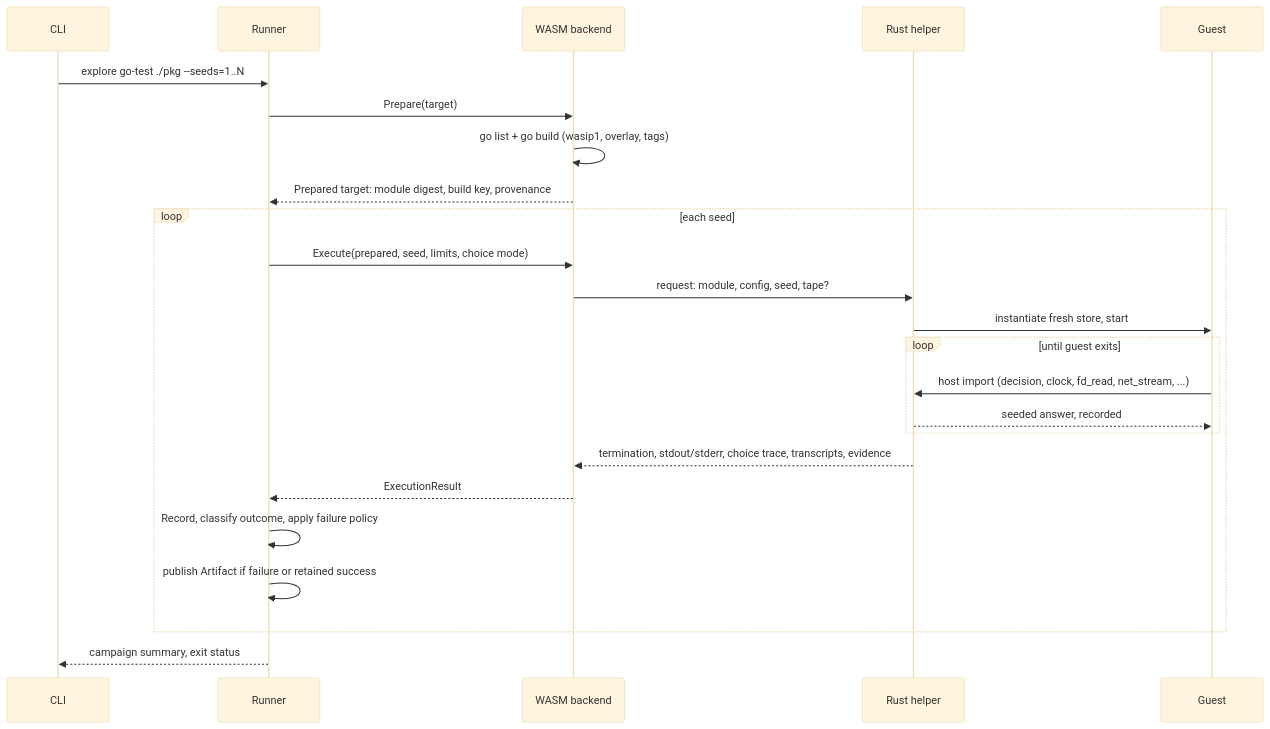
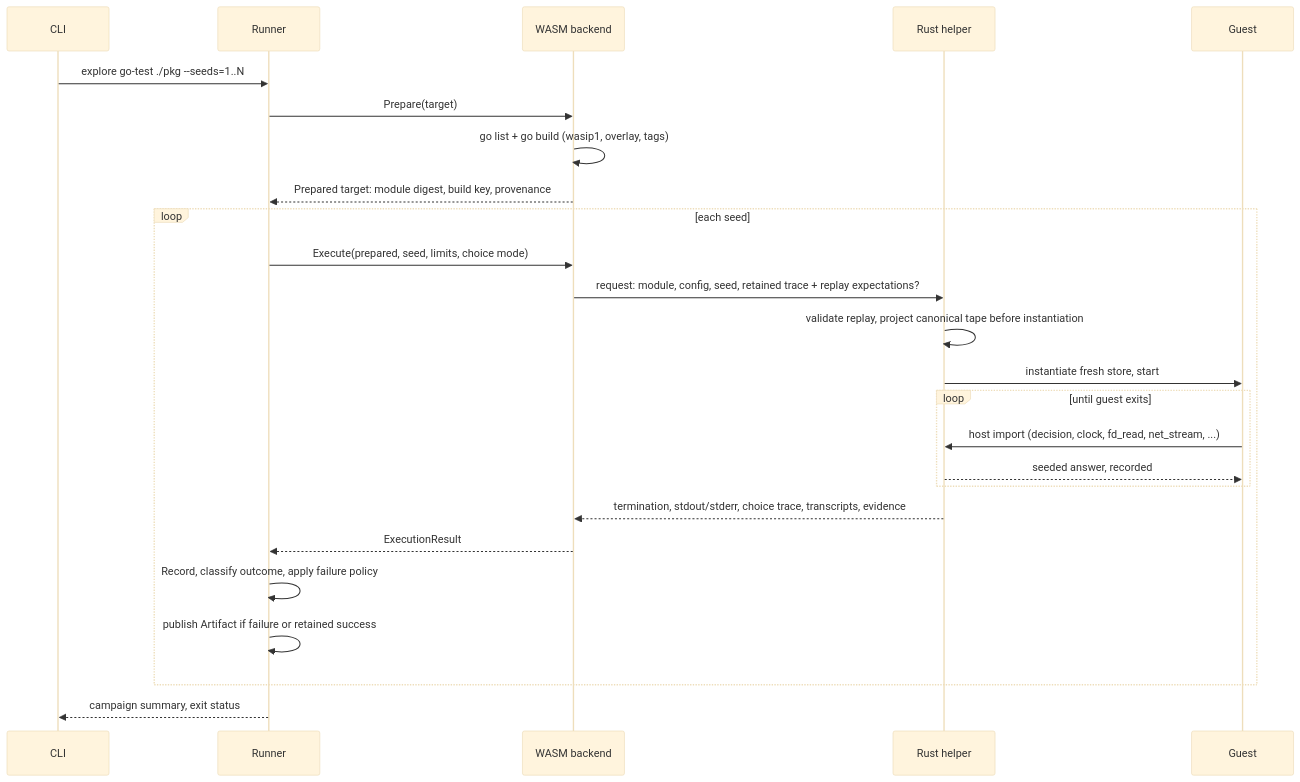
Before and after one commit to stephanos/temporal: the third of 7 diagrams in tools/gomad/ARCHITECTURE.md, drawn with Mermaid (base theme). The commit also changed other lines of this file and 237 other files, not shown here.

First line of the commit message:
test(gomad): migrate retained replay transport corpus

````diff
--- a/tools/gomad/ARCHITECTURE.md
+++ b/tools/gomad/ARCHITECTURE.md
@@ -110,26 +110,27 @@
 ```mermaid
 sequenceDiagram
     participant CLI
     participant Runner
     participant Backend as WASM backend
     participant Helper as Rust helper
     participant Guest
     CLI->>Runner: explore go-test ./pkg --seeds=1..N
     Runner->>Backend: Prepare(target)
     Backend->>Backend: go list + go build (wasip1, overlay, tags)
     Backend-->>Runner: Prepared target: module digest, build key, provenance
     loop each seed
         Runner->>Backend: Execute(prepared, seed, limits, choice mode)
-        Backend->>Helper: request: module, config, seed, tape?
+        Backend->>Helper: request: module, config, seed, retained trace + replay expectations?
+        Helper->>Helper: validate replay, project canonical tape before instantiation
         Helper->>Guest: instantiate fresh store, start
         loop until guest exits
             Guest->>Helper: host import (decision, clock, fd_read, net_stream, ...)
             Helper-->>Guest: seeded answer, recorded
         end
         Helper-->>Backend: termination, stdout/stderr, choice trace, transcripts, evidence
         Backend-->>Runner: ExecutionResult
         Runner->>Runner: Record, classify outcome, apply failure policy
         Runner->>Runner: publish Artifact if failure or retained success
     end
     Runner-->>CLI: campaign summary, exit status
 ```
````
